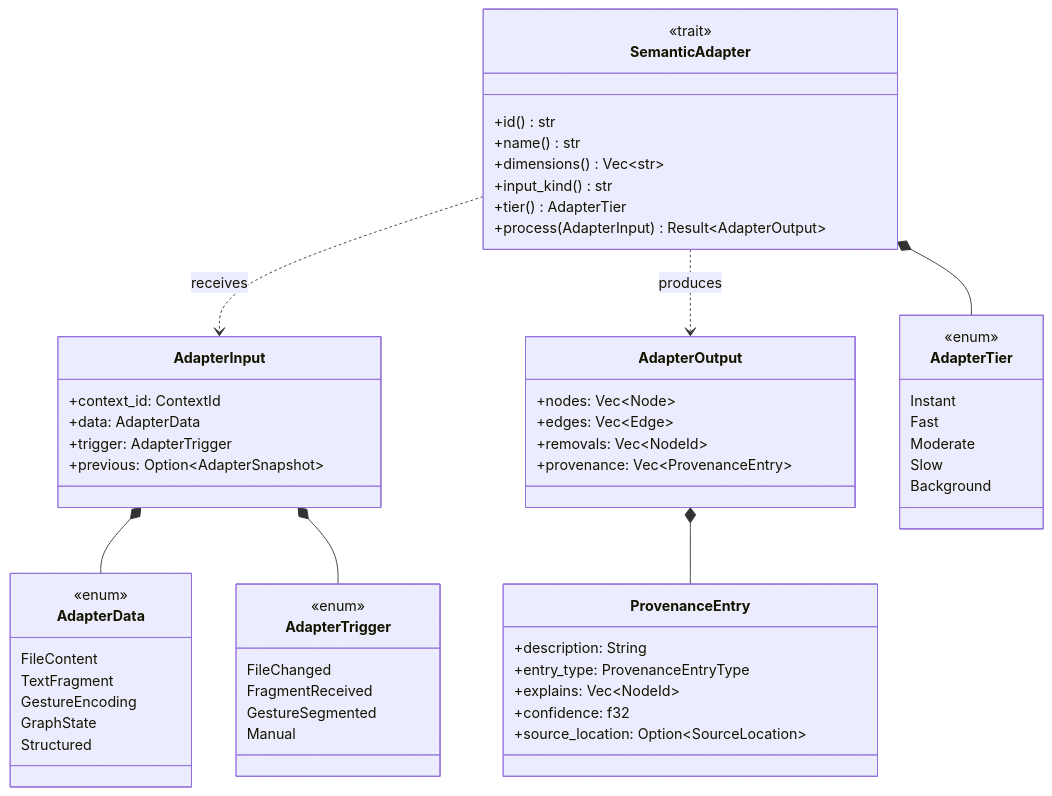
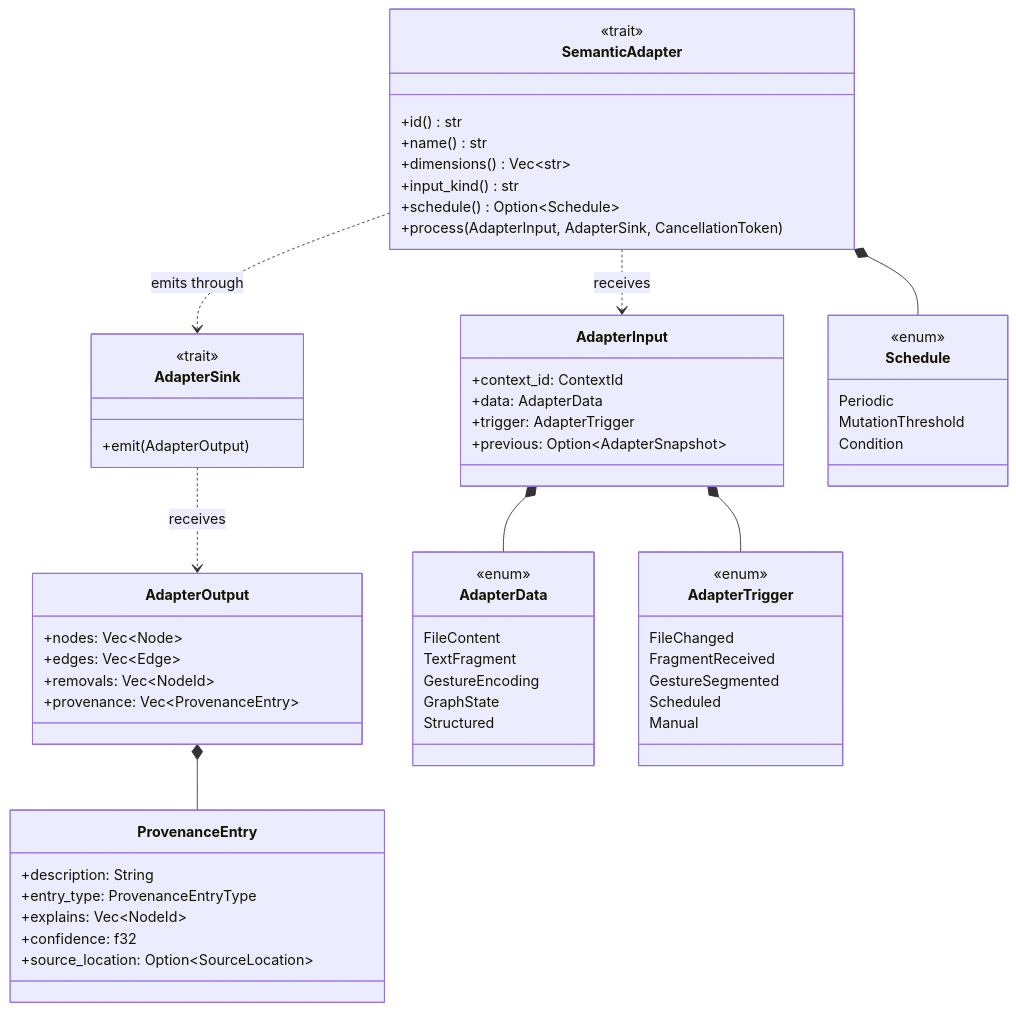
The seventh of 13 diagrams in docs/semantic-adapters-diagrams.md (nrgforge/plexus), drawn with Mermaid before and after one commit. The commit also changed other lines of this file and 2 other files, not shown here.

First line of the commit message:
docs: revise adapter design — coarse-grained, sink-based, scheduled

````diff
--- a/docs/semantic-adapters-diagrams.md
+++ b/docs/semantic-adapters-diagrams.md
@@ -356,67 +352,72 @@
 ```mermaid
 classDiagram
     class SemanticAdapter {
         <<trait>>
         +id() str
         +name() str
         +dimensions() Vec~str~
         +input_kind() str
-        +tier() AdapterTier
-        +process(AdapterInput) Result~AdapterOutput~
+        +schedule() Option~Schedule~
+        +process(AdapterInput, AdapterSink, CancellationToken)
+    }
+
+    class AdapterSink {
+        <<trait>>
+        +emit(AdapterOutput)
     }
 
     class AdapterInput {
         +context_id: ContextId
         +data: AdapterData
         +trigger: AdapterTrigger
         +previous: Option~AdapterSnapshot~
     }
 
     class AdapterOutput {
         +nodes: Vec~Node~
         +edges: Vec~Edge~
         +removals: Vec~NodeId~
         +provenance: Vec~ProvenanceEntry~
     }
 
     class AdapterData {
         <<enum>>
         FileContent
         TextFragment
         GestureEncoding
         GraphState
         Structured
     }
 
-    class AdapterTier {
+    class Schedule {
         <<enum>>
-        Instant
-        Fast
-        Moderate
-        Slow
-        Background
+        Periodic
+        MutationThreshold
+        Condition
     }
 
     class AdapterTrigger {
         <<enum>>
         FileChanged
         FragmentReceived
         GestureSegmented
+        Scheduled
         Manual
     }
 
     class ProvenanceEntry {
         +description: String
         +entry_type: ProvenanceEntryType
         +explains: Vec~NodeId~
         +confidence: f32
         +source_location: Option~SourceLocation~
     }
 
     SemanticAdapter ..> AdapterInput : receives
-    SemanticAdapter ..> AdapterOutput : produces
+    SemanticAdapter ..> AdapterSink : emits through
+    AdapterSink ..> AdapterOutput : receives
     AdapterInput *-- AdapterData
     AdapterInput *-- AdapterTrigger
     AdapterOutput *-- ProvenanceEntry
-    SemanticAdapter *-- AdapterTier
+    SemanticAdapter *-- Schedule
 ```
````
